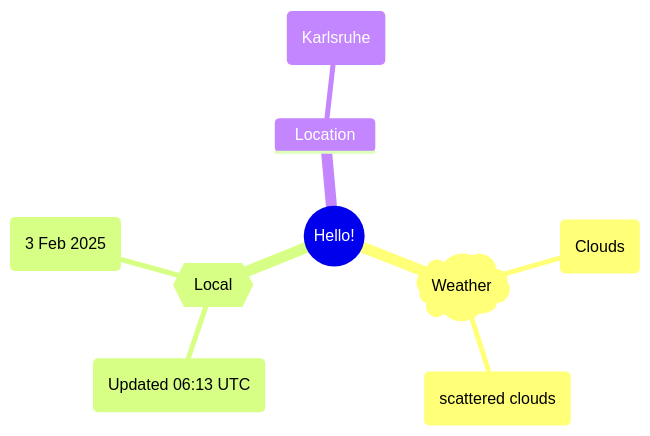
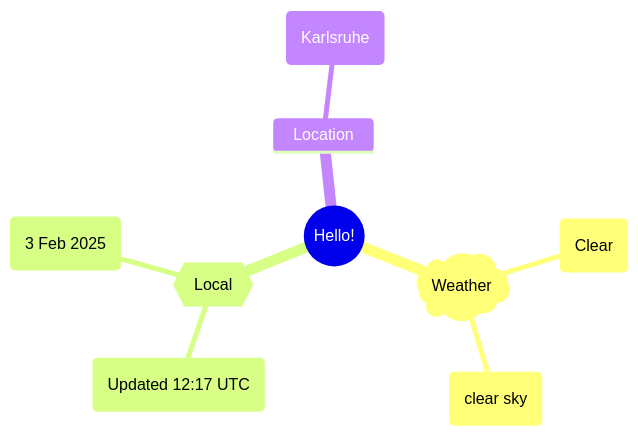
The first of 2 diagrams in README.md (Xosrov/Xosrov), drawn with Mermaid before and after one commit.

Commit message:
[bot] updated images

````diff
--- a/README.md
+++ b/README.md
@@ -3,12 +3,12 @@
 ```mermaid
 mindmap
   root((Hello!))
     )Weather(
-        (Clouds)
-        (scattered clouds)
+        (Clear)
+        (clear sky)
     {{Local}}
-        (Updated 06:13 UTC)
+        (Updated 12:17 UTC)
         (3 Feb 2025)
     Location
         (Karlsruhe)
 ```
````
